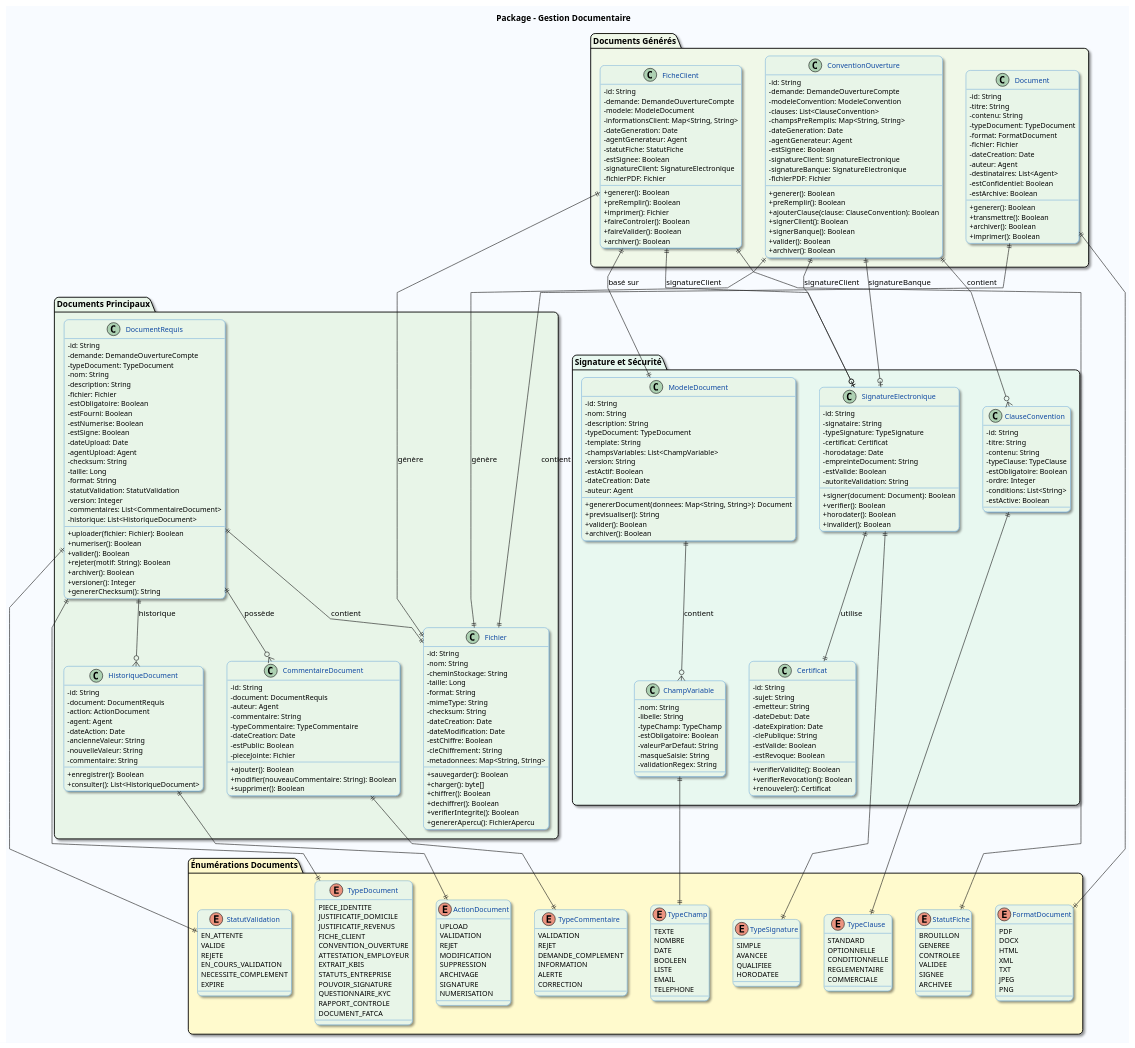
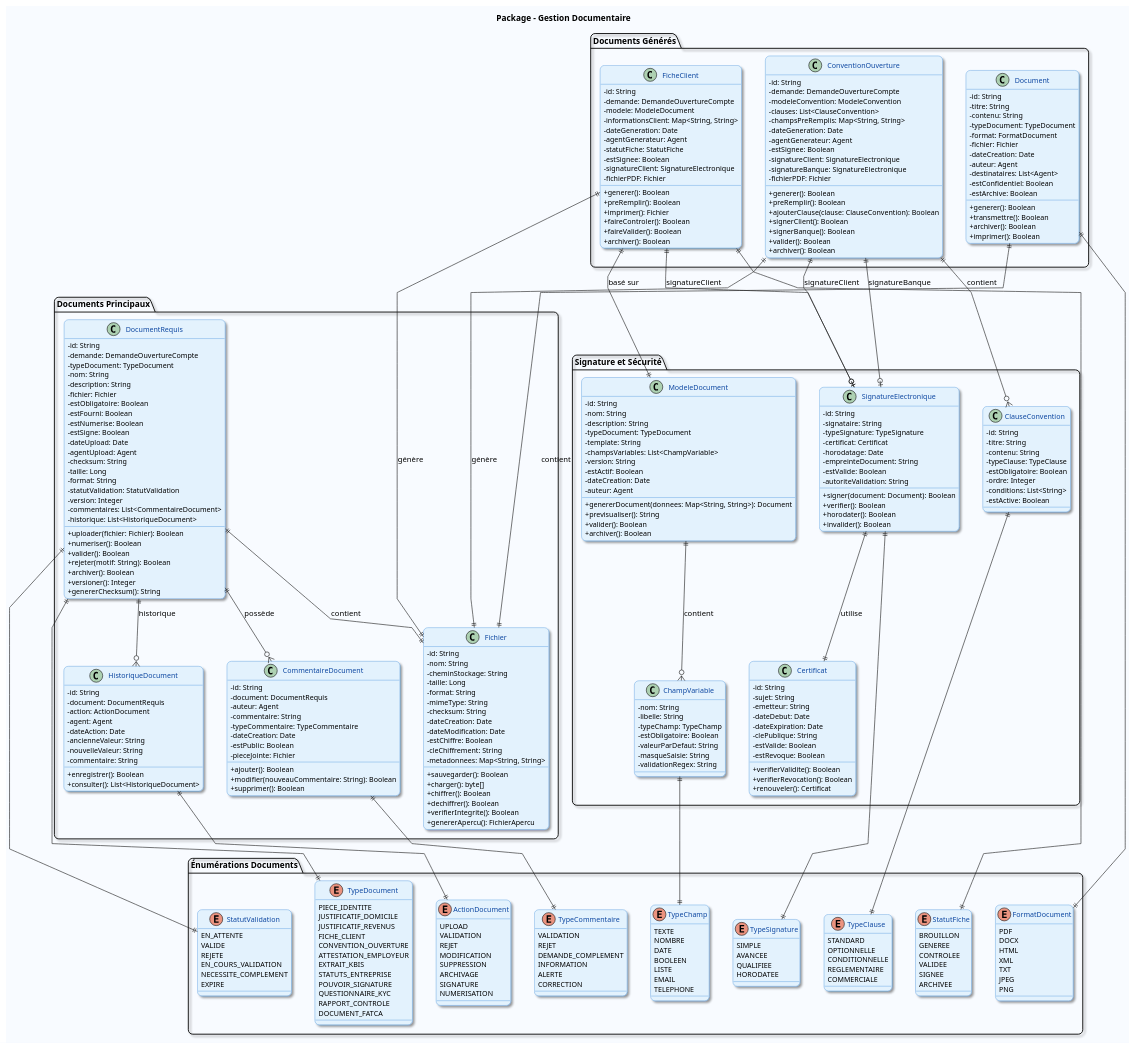
One commit to caranvalis/diagramePlantUml changed the diagram in KYC ENTREE_EN_RELATION/DIAGRAMMES-CLASSE/03_GestionDocuments.puml. Above: the diagram before and after it, drawn with PlantUML. The commit also changed 20 other files, not shown here.

Commit message:
mise a jour des diagrammes de classes

```diff
--- a/KYC ENTREE_EN_RELATION/DIAGRAMMES-CLASSE/03_GestionDocuments.puml
+++ b/KYC ENTREE_EN_RELATION/DIAGRAMMES-CLASSE/03_GestionDocuments.puml
@@ -1,7 +1,7 @@
 @startuml GestionDocuments
 skinparam linetype polyline
 skinparam backgroundColor #F8FBFF
-skinparam classBackgroundColor #E8F5E8
+skinparam classBackgroundColor #E3F2FD
 skinparam classBorderColor #1976D2
 skinparam classFontColor #0D47A1
 skinparam classFontSize 13
@@ -15,7 +15,7 @@
 
 title Package - Gestion Documentaire
 
-package "Documents Principaux" #E8F5E8 {
+package "Documents Principaux" {
   class DocumentRequis {
     - id: String
     - demande: DemandeOuvertureCompte
@@ -94,7 +94,7 @@
   }
 }
 
-package "Documents Générés" #F0F8E8 {
+package "Documents Générés" {
   class FicheClient {
     - id: String
     - demande: DemandeOuvertureCompte
@@ -154,7 +154,7 @@
   }
 }
 
-package "Signature et Sécurité" #E8F8F0 {
+package "Signature et Sécurité" {
   class SignatureElectronique {
     - id: String
     - signataire: String
@@ -223,7 +223,7 @@
   }
 }
 
-package "Énumérations Documents" #FFFACD {
+package "Énumérations Documents" {
   enum TypeDocument {
     PIECE_IDENTITE
     JUSTIFICATIF_DOMICILE
```
